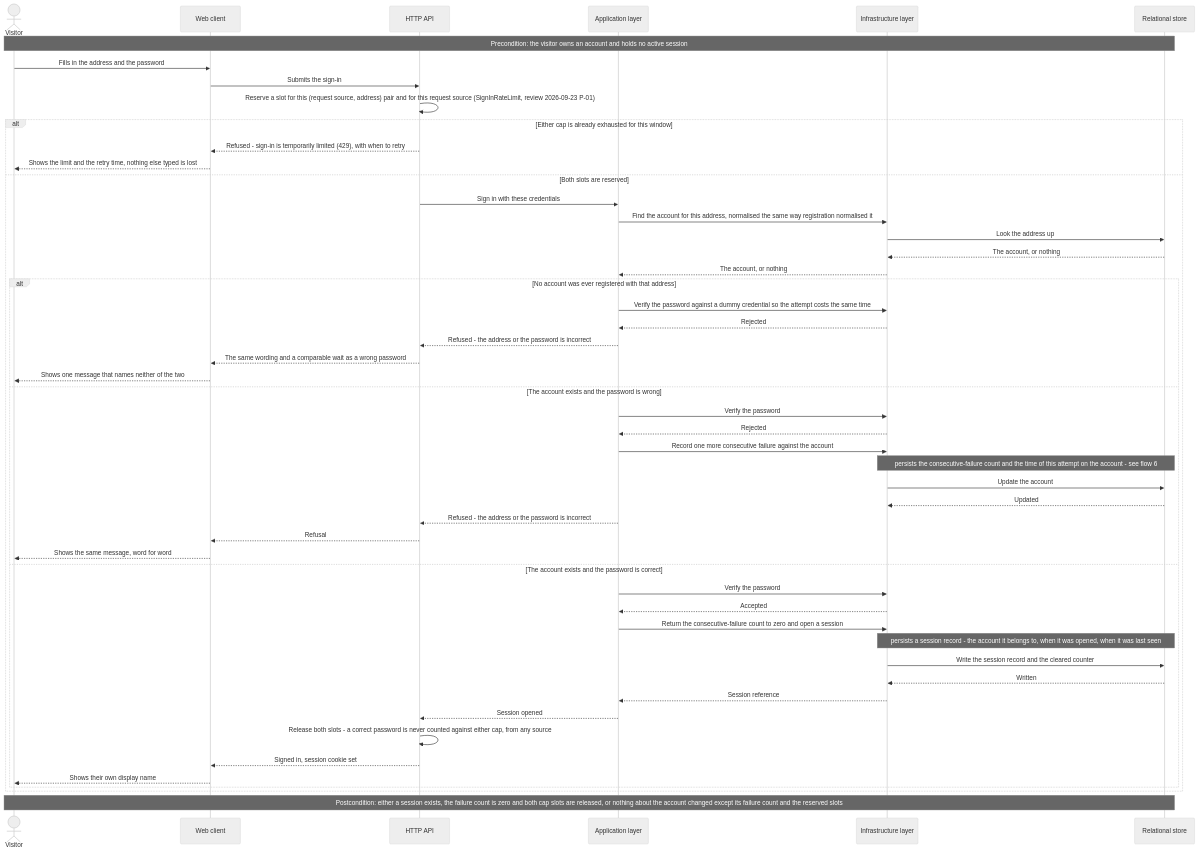
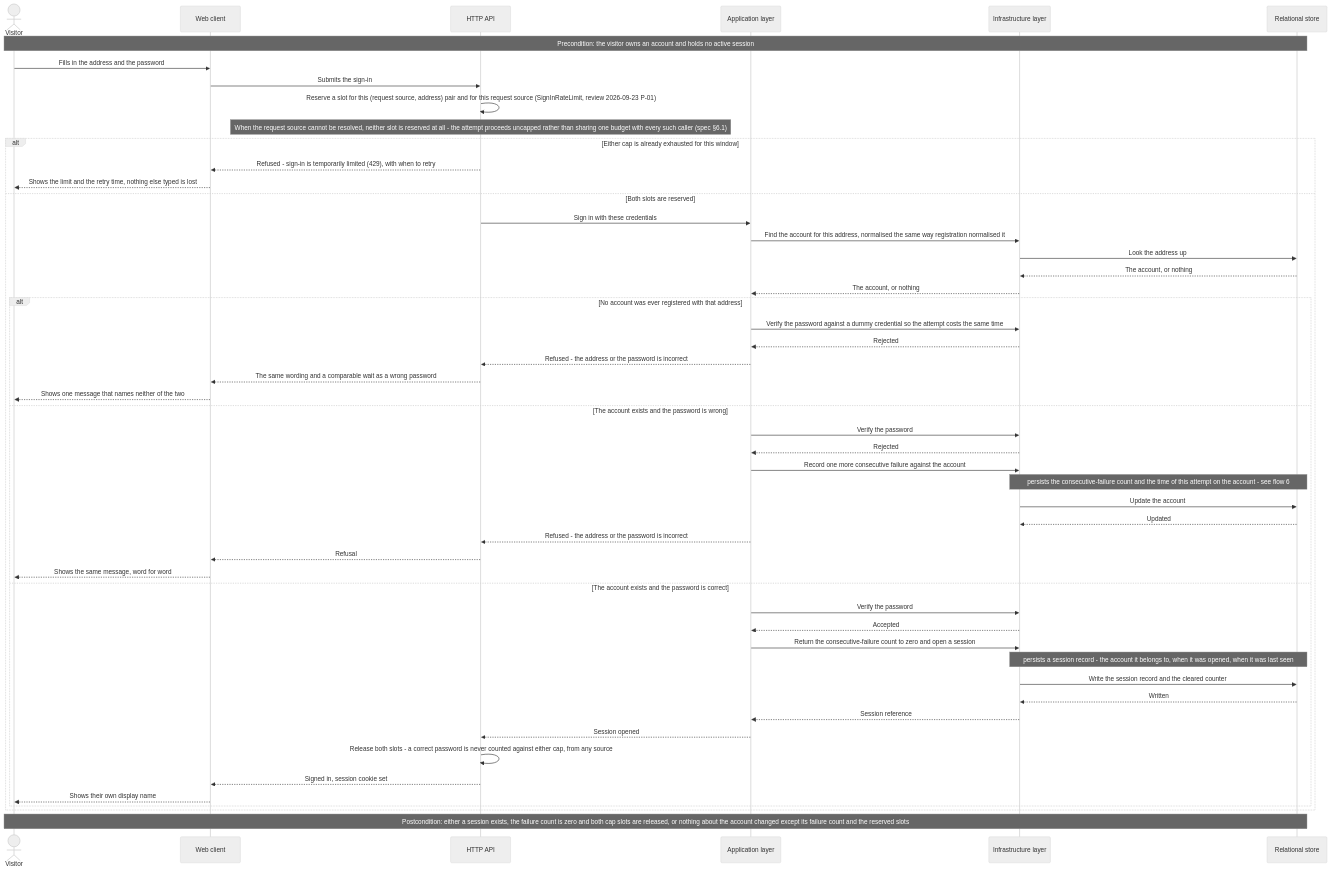
The sixth of 9 diagrams in docs/features/accounts-and-sessions/sad.md (alex-korneyko/Uniqua.Projector), drawn with Mermaid (neutral theme) before and after one commit. The commit also changed other lines of this file and 8 other files, not shown here.

````diff
--- a/docs/features/accounts-and-sessions/sad.md
+++ b/docs/features/accounts-and-sessions/sad.md
@@ -313,54 +313,55 @@
 ```mermaid
 sequenceDiagram
     actor Visitor
     participant Spa as Web client
     participant Api as HTTP API
     participant App as Application layer
     participant Infra as Infrastructure layer
     participant Db as Relational store
 
     Note over Visitor,Db: Precondition: the visitor owns an account and holds no active session
     Visitor->>Spa: Fills in the address and the password
     Spa->>Api: Submits the sign-in
     Api->>Api: Reserve a slot for this (request source, address) pair and for this request source (SignInRateLimit, review 2026-09-23 P-01)
+    Note over Api: When the request source cannot be resolved, neither slot is reserved at all - the attempt proceeds uncapped rather than sharing one budget with every such caller (spec §6.1)
     alt Either cap is already exhausted for this window
         Api-->>Spa: Refused - sign-in is temporarily limited (429), with when to retry
         Spa-->>Visitor: Shows the limit and the retry time, nothing else typed is lost
     else Both slots are reserved
         Api->>App: Sign in with these credentials
         App->>Infra: Find the account for this address, normalised the same way registration normalised it
         Infra->>Db: Look the address up
         Db-->>Infra: The account, or nothing
         Infra-->>App: The account, or nothing
         alt No account was ever registered with that address
             App->>Infra: Verify the password against a dummy credential so the attempt costs the same time
             Infra-->>App: Rejected
             App-->>Api: Refused - the address or the password is incorrect
             Api-->>Spa: The same wording and a comparable wait as a wrong password
             Spa-->>Visitor: Shows one message that names neither of the two
         else The account exists and the password is wrong
             App->>Infra: Verify the password
             Infra-->>App: Rejected
             App->>Infra: Record one more consecutive failure against the account
             Note over Infra,Db: persists the consecutive-failure count and the time of this attempt on the account - see flow 6
             Infra->>Db: Update the account
             Db-->>Infra: Updated
             App-->>Api: Refused - the address or the password is incorrect
             Api-->>Spa: Refusal
             Spa-->>Visitor: Shows the same message, word for word
         else The account exists and the password is correct
             App->>Infra: Verify the password
             Infra-->>App: Accepted
             App->>Infra: Return the consecutive-failure count to zero and open a session
             Note over Infra,Db: persists a session record - the account it belongs to, when it was opened, when it was last seen
             Infra->>Db: Write the session record and the cleared counter
             Db-->>Infra: Written
             Infra-->>App: Session reference
             App-->>Api: Session opened
             Api->>Api: Release both slots - a correct password is never counted against either cap, from any source
             Api-->>Spa: Signed in, session cookie set
             Spa-->>Visitor: Shows their own display name
         end
     end
     Note over Visitor,Db: Postcondition: either a session exists, the failure count is zero and both cap slots are released, or nothing about the account changed except its failure count and the reserved slots
 ```
````
